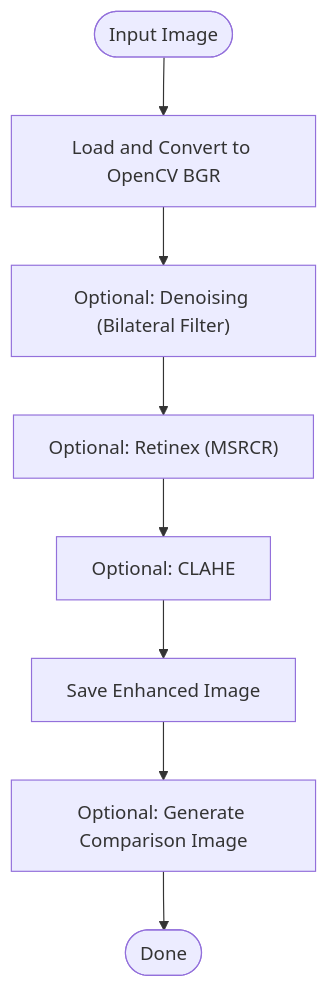
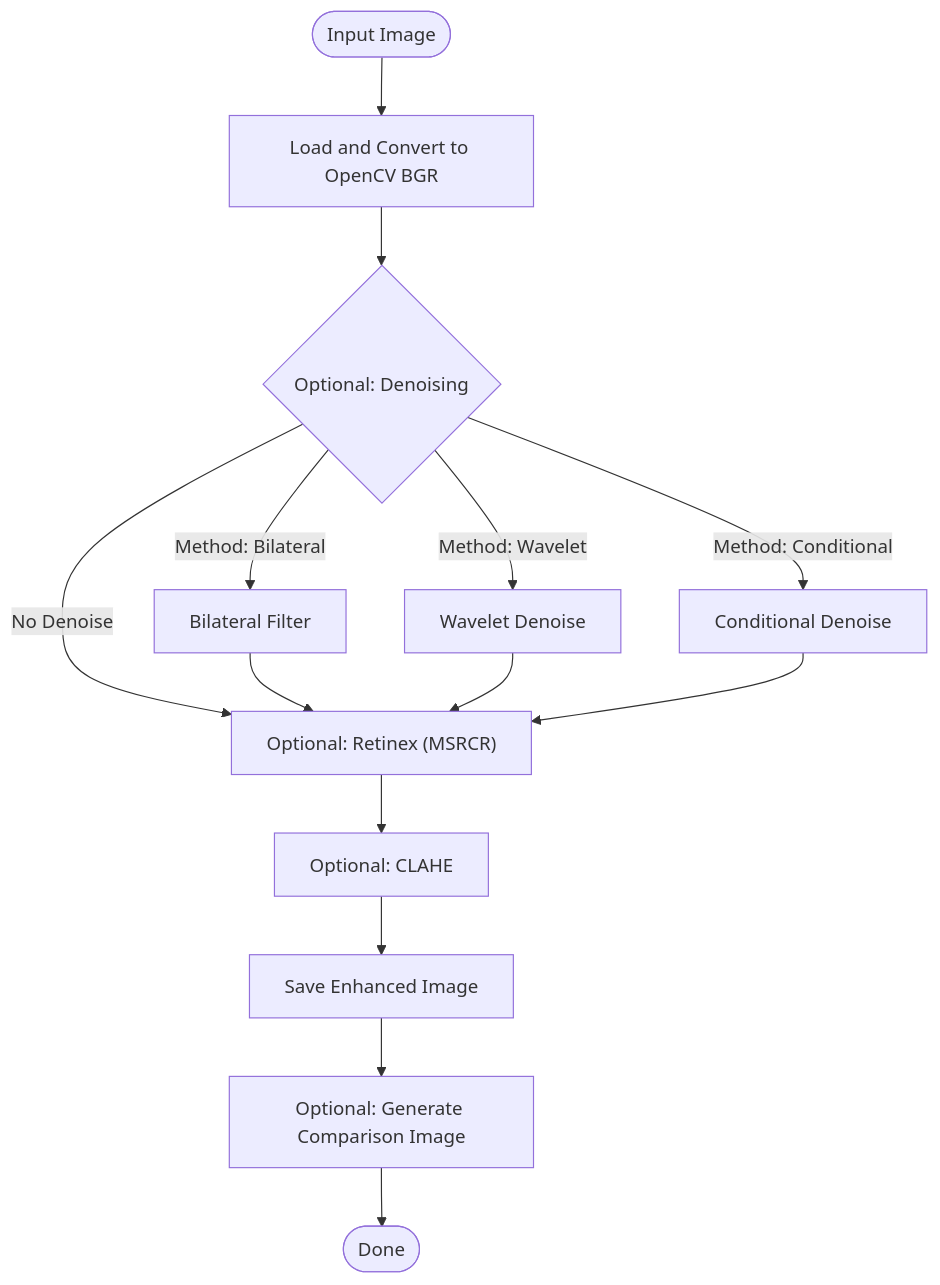
The diagram in README.md (shin-sforzando/dark-cv), drawn with Mermaid before and after one commit. The commit also changed other lines of this file and 6 other files, not shown here.

Commit message:
feat: :+1: add wavelet denoising and enhance README with outputs

````diff
--- a/README.md
+++ b/README.md
@@ -110,10 +109,19 @@
 ```mermaid
 graph TD
     A(["Input Image"]) --> B["Load and Convert to OpenCV BGR"]
-    B --> C["Optional: Denoising (Bilateral Filter)"]
-    C --> D["Optional: Retinex (MSRCR)"]
+    B --> C{"Optional: Denoising"}
+    C -- "No Denoise" --> D["Optional: Retinex (MSRCR)"]
+
+    C -- "Method: Bilateral" --> C1[Bilateral Filter]
+    C -- "Method: Wavelet" --> C2[Wavelet Denoise]
+    C -- "Method: Conditional" --> C3[Conditional Denoise]
+
+    C1 --> D
+    C2 --> D
+    C3 --> D
+
     D --> E["Optional: CLAHE"]
     E --> F["Save Enhanced Image"]
     F --> G["Optional: Generate Comparison Image"]
     G --> H(["Done"])
 ```
````
